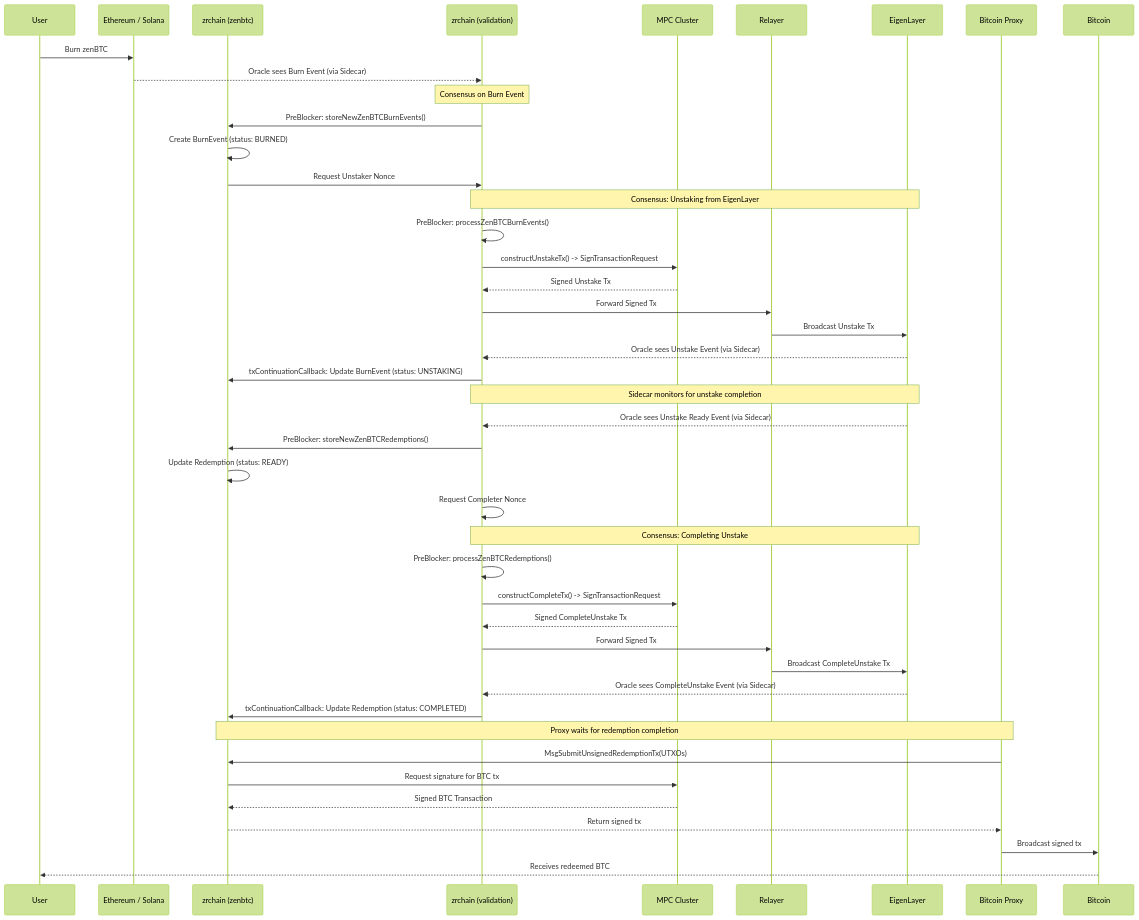
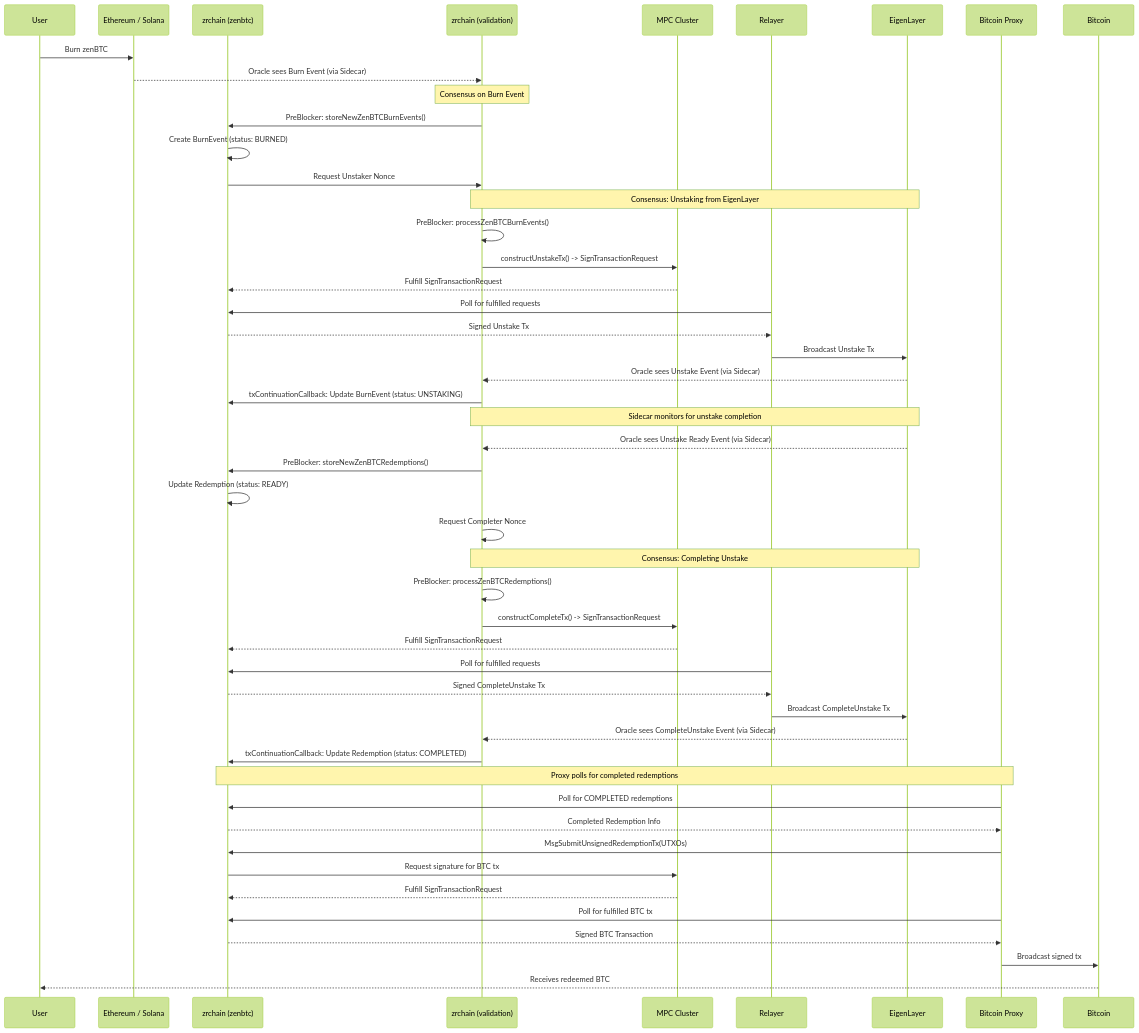
The second of 4 diagrams in docs/README.md (zenrocklabs/zrchain), drawn with Mermaid (forest theme) before and after one commit. The commit also changed other lines of this file, not shown here.

````diff
--- a/docs/README.md
+++ b/docs/README.md
@@ -73,52 +76,57 @@
 ```mermaid
 sequenceDiagram
     participant User
     participant DestinationChain as Ethereum / Solana
     participant zrchain as zrchain (zenbtc)
     participant zrchain_val as zrchain (validation)
     participant MPC Cluster
     participant Relayer
     participant EigenLayer
     participant Bitcoin Proxy
     participant Bitcoin
 
     User->>DestinationChain: Burn zenBTC
     DestinationChain-->>zrchain_val: Oracle sees Burn Event (via Sidecar)
 
     Note over zrchain_val: Consensus on Burn Event
     zrchain_val->>zrchain: PreBlocker: storeNewZenBTCBurnEvents()
     zrchain->>zrchain: Create BurnEvent (status: BURNED)
     zrchain->>zrchain_val: Request Unstaker Nonce
 
     Note over zrchain_val,EigenLayer: Consensus: Unstaking from EigenLayer
     zrchain_val->>zrchain_val: PreBlocker: processZenBTCBurnEvents()
     zrchain_val->>MPC Cluster: constructUnstakeTx() -> SignTransactionRequest
-    MPC Cluster-->>zrchain_val: Signed Unstake Tx
-    zrchain_val->>Relayer: Forward Signed Tx
+    MPC Cluster-->>zrchain: Fulfill SignTransactionRequest
+    Relayer->>zrchain: Poll for fulfilled requests
+    zrchain-->>Relayer: Signed Unstake Tx
     Relayer->>EigenLayer: Broadcast Unstake Tx
     EigenLayer-->>zrchain_val: Oracle sees Unstake Event (via Sidecar)
     zrchain_val->>zrchain: txContinuationCallback: Update BurnEvent (status: UNSTAKING)
 
     Note over zrchain_val,EigenLayer: Sidecar monitors for unstake completion
     EigenLayer-->>zrchain_val: Oracle sees Unstake Ready Event (via Sidecar)
     zrchain_val->>zrchain: PreBlocker: storeNewZenBTCRedemptions()
     zrchain->>zrchain: Update Redemption (status: READY)
     zrchain_val->>zrchain_val: Request Completer Nonce
 
     Note over zrchain_val,EigenLayer: Consensus: Completing Unstake
     zrchain_val->>zrchain_val: PreBlocker: processZenBTCRedemptions()
     zrchain_val->>MPC Cluster: constructCompleteTx() -> SignTransactionRequest
-    MPC Cluster-->>zrchain_val: Signed CompleteUnstake Tx
-    zrchain_val->>Relayer: Forward Signed Tx
+    MPC Cluster-->>zrchain: Fulfill SignTransactionRequest
+    Relayer->>zrchain: Poll for fulfilled requests
+    zrchain-->>Relayer: Signed CompleteUnstake Tx
     Relayer->>EigenLayer: Broadcast CompleteUnstake Tx
     EigenLayer-->>zrchain_val: Oracle sees CompleteUnstake Event (via Sidecar)
     zrchain_val->>zrchain: txContinuationCallback: Update Redemption (status: COMPLETED)
 
-    Note over Bitcoin Proxy, zrchain: Proxy waits for redemption completion
+    Note over Bitcoin Proxy, zrchain: Proxy polls for completed redemptions
+    Bitcoin Proxy->>zrchain: Poll for COMPLETED redemptions
+    zrchain-->>Bitcoin Proxy: Completed Redemption Info
     Bitcoin Proxy->>zrchain: MsgSubmitUnsignedRedemptionTx(UTXOs)
     zrchain->>MPC Cluster: Request signature for BTC tx
-    MPC Cluster-->>zrchain: Signed BTC Transaction
-    zrchain-->>Bitcoin Proxy: Return signed tx
+    MPC Cluster-->>zrchain: Fulfill SignTransactionRequest
+    Bitcoin Proxy->>zrchain: Poll for fulfilled BTC tx
+    zrchain-->>Bitcoin Proxy: Signed BTC Transaction
     Bitcoin Proxy->>Bitcoin: Broadcast signed tx
     Bitcoin-->>User: Receives redeemed BTC
 ```
````
